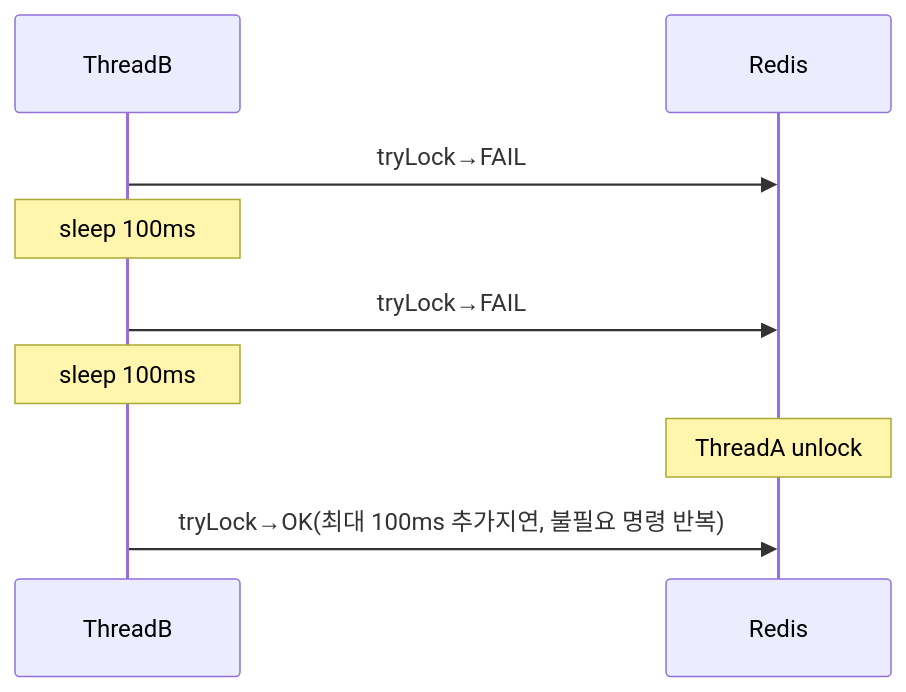
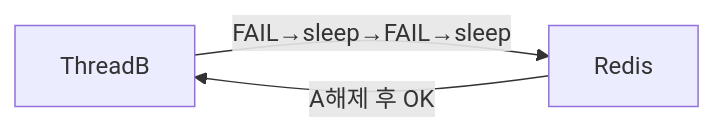
Before and after one commit to yjkim2015/yjkim2015.github.io: the fourth of 15 diagrams in _posts/redis/2026-05-01-redis-distributed-lock.md, drawn with Mermaid. The commit also changed other lines of this file, not shown here.

First line of the commit message:
Redis 분산락: Mermaid 15개 블록 전부 축소 (3~4노드)

````diff
--- a/_posts/redis/2026-05-01-redis-distributed-lock.md
+++ b/_posts/redis/2026-05-01-redis-distributed-lock.md
@@ -222,11 +215,5 @@
 ```mermaid
-sequenceDiagram
-    participant B as ThreadB
-    participant R as Redis
-    B->>R: tryLock→FAIL
-    Note over B: sleep 100ms
-    B->>R: tryLock→FAIL
-    Note over B: sleep 100ms
-    Note over R: ThreadA unlock
-    B->>R: tryLock→OK(최대 100ms 추가지연, 불필요 명령 반복)
+graph LR
+    B["ThreadB"] -->|FAIL→sleep→FAIL→sleep| R["Redis"]
+    R -->|A해제 후 OK| B
 ```
````
